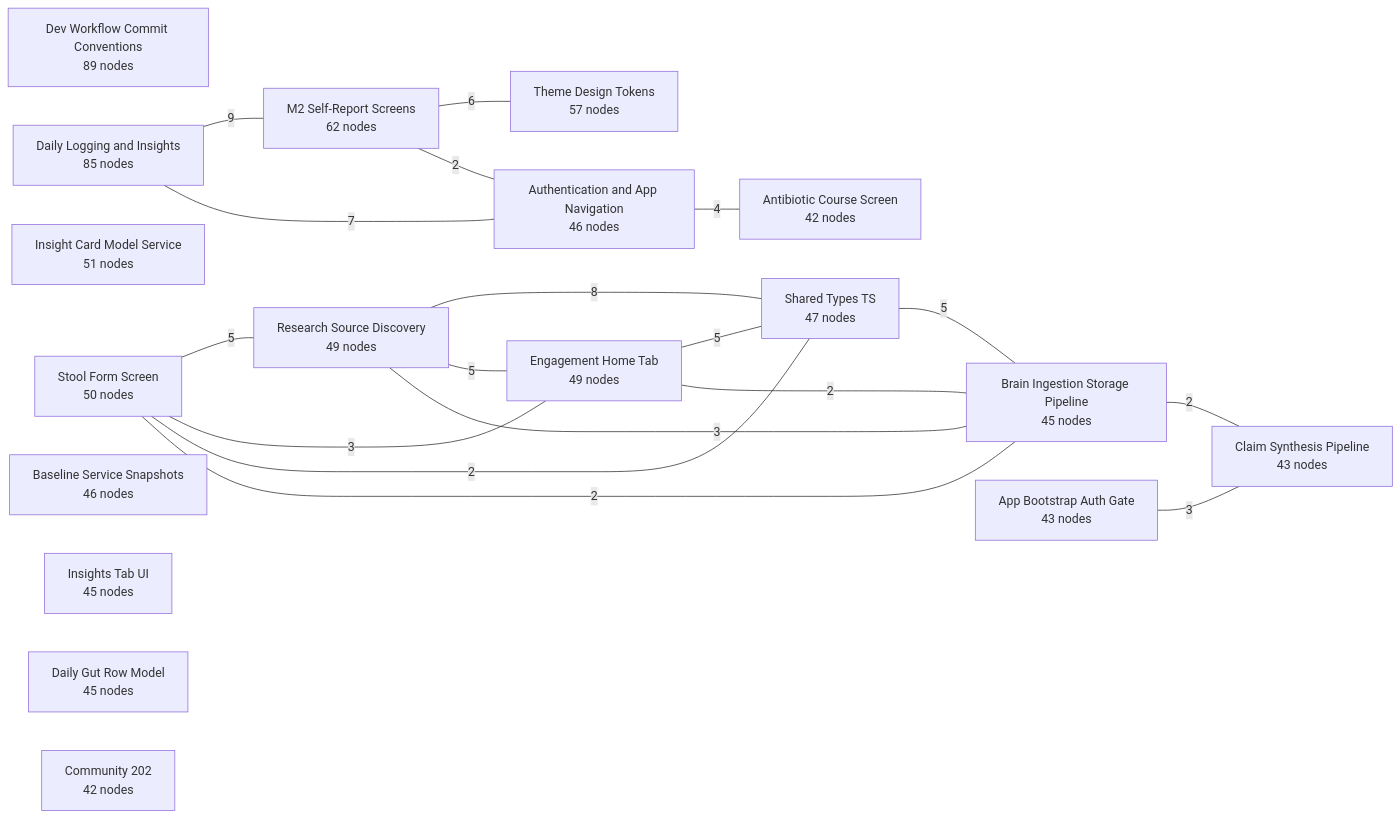
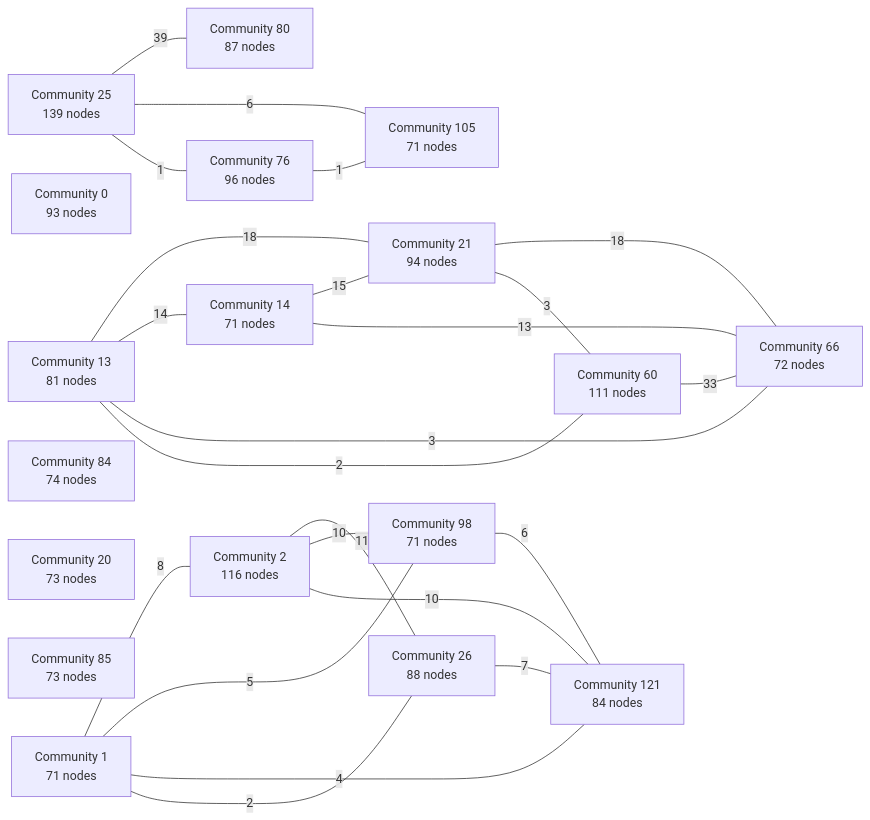
The diagram in docs/graph/semantic-graph.md (uandiqueue/ourobion), drawn with Mermaid before and after one commit. The commit also changed other lines of this file, not shown here.

First line of the commit message:
chore(graph): regenerate the tracked semantic-graph view

````diff
--- a/docs/graph/semantic-graph.md
+++ b/docs/graph/semantic-graph.md
@@ -41,38 +41,43 @@
 ```mermaid
 flowchart LR
-  C_0["Dev Workflow Commit Conventions<br/>89 nodes"]
-  C_1["Daily Logging and Insights<br/>85 nodes"]
-  C_2["M2 Self-Report Screens<br/>62 nodes"]
-  C_3["Theme Design Tokens<br/>57 nodes"]
-  C_4["Insight Card Model Service<br/>51 nodes"]
-  C_5["Stool Form Screen<br/>50 nodes"]
-  C_6["Research Source Discovery<br/>49 nodes"]
-  C_7["Engagement Home Tab<br/>49 nodes"]
-  C_8["Shared Types TS<br/>47 nodes"]
-  C_9["Authentication and App Navigation<br/>46 nodes"]
-  C_10["Baseline Service Snapshots<br/>46 nodes"]
-  C_11["Insights Tab UI<br/>45 nodes"]
-  C_12["Daily Gut Row Model<br/>45 nodes"]
-  C_13["Brain Ingestion Storage Pipeline<br/>45 nodes"]
-  C_14["App Bootstrap Auth Gate<br/>43 nodes"]
-  C_15["Claim Synthesis Pipeline<br/>43 nodes"]
-  C_16["Antibiotic Course Screen<br/>42 nodes"]
-  C_17["Community 202<br/>42 nodes"]
-  C_1 ---|"9"| C_2
-  C_6 ---|"8"| C_8
-  C_1 ---|"7"| C_9
-  C_2 ---|"6"| C_3
-  C_5 ---|"5"| C_6
-  C_6 ---|"5"| C_7
-  C_7 ---|"5"| C_8
-  C_8 ---|"5"| C_13
-  C_9 ---|"4"| C_16
-  C_5 ---|"3"| C_7
-  C_6 ---|"3"| C_13
-  C_14 ---|"3"| C_15
-  C_2 ---|"2"| C_9
-  C_5 ---|"2"| C_8
-  C_5 ---|"2"| C_13
-  C_7 ---|"2"| C_13
-  C_13 ---|"2"| C_15
+  C_25["Community 25<br/>139 nodes"]
+  C_2["Community 2<br/>116 nodes"]
+  C_60["Community 60<br/>111 nodes"]
+  C_76["Community 76<br/>96 nodes"]
+  C_21["Community 21<br/>94 nodes"]
+  C_0["Community 0<br/>93 nodes"]
+  C_26["Community 26<br/>88 nodes"]
+  C_80["Community 80<br/>87 nodes"]
+  C_121["Community 121<br/>84 nodes"]
+  C_13["Community 13<br/>81 nodes"]
+  C_84["Community 84<br/>74 nodes"]
+  C_20["Community 20<br/>73 nodes"]
+  C_85["Community 85<br/>73 nodes"]
+  C_66["Community 66<br/>72 nodes"]
+  C_1["Community 1<br/>71 nodes"]
+  C_14["Community 14<br/>71 nodes"]
+  C_98["Community 98<br/>71 nodes"]
+  C_105["Community 105<br/>71 nodes"]
+  C_25 ---|"39"| C_80
+  C_60 ---|"33"| C_66
+  C_13 ---|"18"| C_21
+  C_21 ---|"18"| C_66
+  C_14 ---|"15"| C_21
+  C_13 ---|"14"| C_14
+  C_14 ---|"13"| C_66
+  C_2 ---|"11"| C_26
+  C_2 ---|"10"| C_98
+  C_2 ---|"10"| C_121
+  C_1 ---|"8"| C_2
+  C_26 ---|"7"| C_121
+  C_25 ---|"6"| C_105
+  C_98 ---|"6"| C_121
+  C_1 ---|"5"| C_98
+  C_1 ---|"4"| C_121
+  C_13 ---|"3"| C_66
+  C_21 ---|"3"| C_60
+  C_1 ---|"2"| C_26
+  C_13 ---|"2"| C_60
+  C_25 ---|"1"| C_76
+  C_76 ---|"1"| C_105
 ```
````
